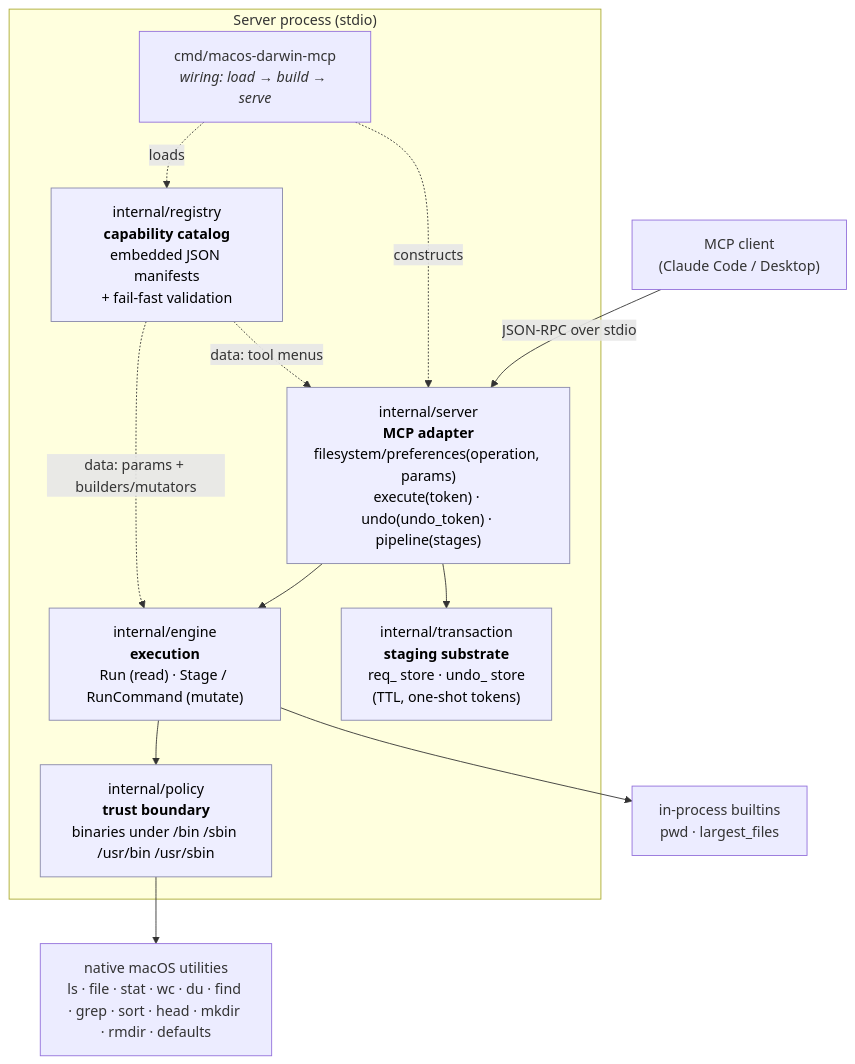
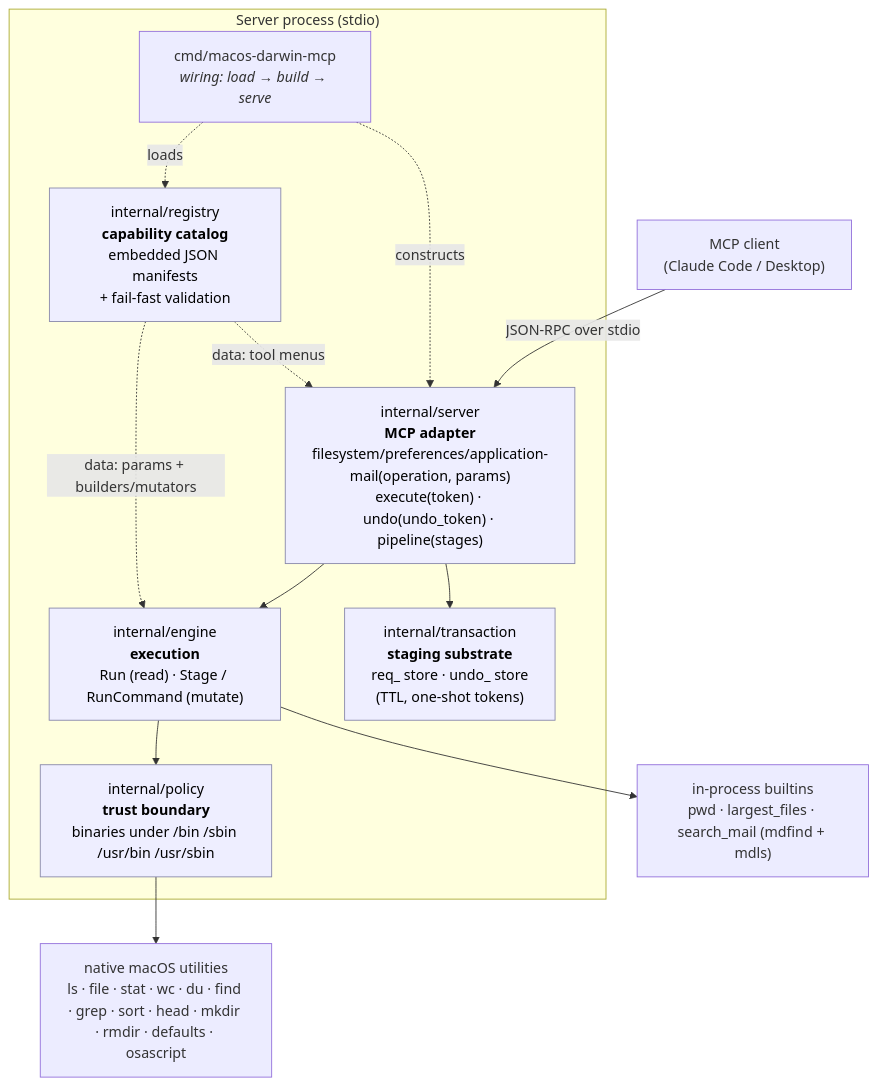
Before and after one commit to kinnoo-project/mcp-server-mac-os: the first of 3 diagrams in README.md, drawn with Mermaid. The commit also changed other lines of this file and 11 other files, not shown here.

First line of the commit message:
Add application-mail domain: search_mail (Spotlight) + send_mail (irreversible)

````diff
--- a/README.md
+++ b/README.md
@@ -47,30 +47,30 @@
 ```mermaid
 flowchart TD
     Client["MCP client<br/>(Claude Code / Desktop)"]
 
     subgraph proc["Server process (stdio)"]
         Main["cmd/macos-darwin-mcp<br/><i>wiring: load → build → serve</i>"]
-        ServerPkg["internal/server<br/><b>MCP adapter</b><br/>filesystem/preferences(operation, params)<br/>execute(token) · undo(undo_token) · pipeline(stages)"]
+        ServerPkg["internal/server<br/><b>MCP adapter</b><br/>filesystem/preferences/application-mail(operation, params)<br/>execute(token) · undo(undo_token) · pipeline(stages)"]
         Engine["internal/engine<br/><b>execution</b><br/>Run (read) · Stage / RunCommand (mutate)"]
         Policy["internal/policy<br/><b>trust boundary</b><br/>binaries under /bin /sbin /usr/bin /usr/sbin"]
         Registry["internal/registry<br/><b>capability catalog</b><br/>embedded JSON manifests<br/>+ fail-fast validation"]
         Txn["internal/transaction<br/><b>staging substrate</b><br/>req_ store · undo_ store<br/>(TTL, one-shot tokens)"]
     end
 
-    Native["native macOS utilities<br/>ls · file · stat · wc · du · find · grep · sort · head · mkdir · rmdir · defaults"]
-    Builtin["in-process builtins<br/>pwd · largest_files"]
+    Native["native macOS utilities<br/>ls · file · stat · wc · du · find · grep · sort · head · mkdir · rmdir · defaults · osascript"]
+    Builtin["in-process builtins<br/>pwd · largest_files · search_mail (mdfind + mdls)"]
 
     Client -- "JSON-RPC over stdio" --> ServerPkg
     Main -. loads .-> Registry
     Main -. constructs .-> ServerPkg
     ServerPkg --> Engine
     ServerPkg --> Txn
     Engine --> Policy
     Policy --> Native
     Engine --> Builtin
     Registry -. "data: tool menus" .-> ServerPkg
     Registry -. "data: params + builders/mutators" .-> Engine
 
     classDef layer fill:#eef,stroke:#88a,color:#000;
     class ServerPkg,Engine,Policy,Registry,Txn layer;
 ```
````
